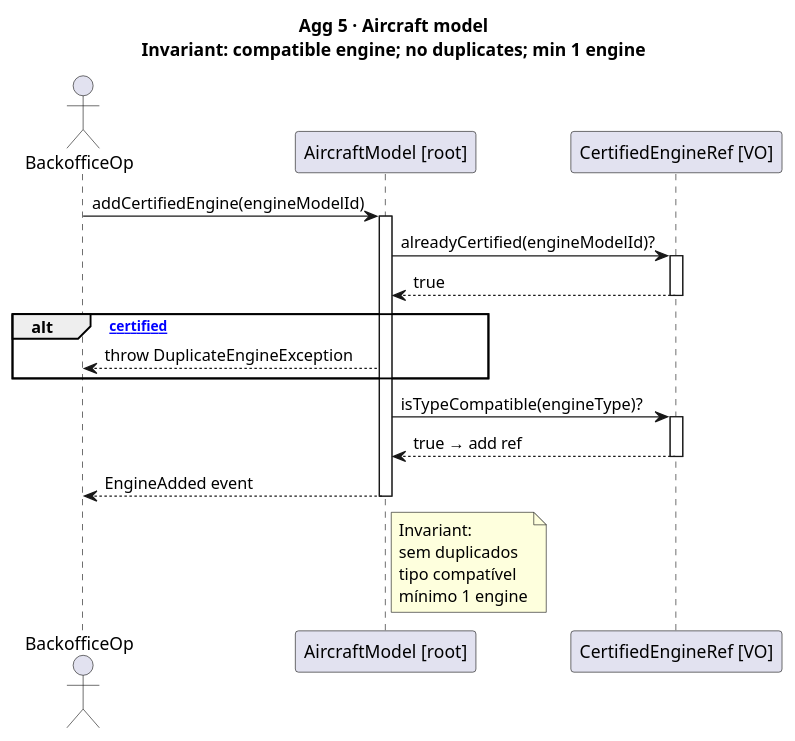
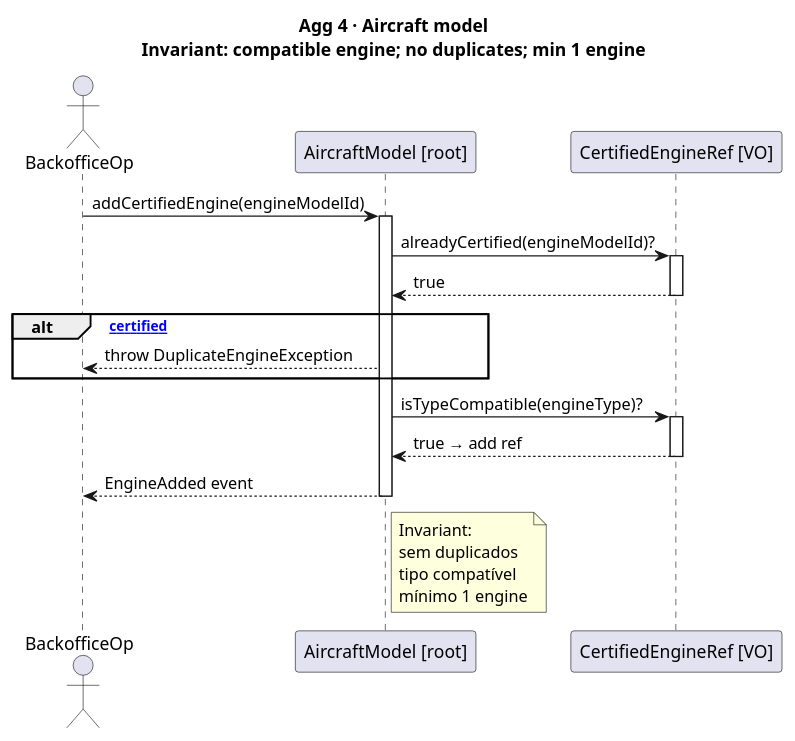
Before and after one commit to DuartePinto1240/sem4pi2526-sem4pi2526_2da2: the diagram in docs/Agg04.puml, drawn with PlantUML. The commit also changed 2 other files, not shown here.

```diff
--- a/docs/Agg04.puml
+++ b/docs/Agg04.puml
@@ -1,36 +1,36 @@
 @startuml US011_Agg05_AircraftModel
-title Agg 5 · Aircraft model\nInvariant: compatible engine; no duplicates; min 1 engine
+title Agg 4 · Aircraft model\nInvariant: compatible engine; no duplicates; min 1 engine
 
 actor "BackofficeOp" as Op
 participant "AircraftModel [root]" as AM
 participant "CertifiedEngineRef [VO]" as Ref
 
 Op -> AM : addCertifiedEngine(engineModelId)
 activate AM
 
 AM -> Ref : alreadyCertified(engineModelId)?
 activate Ref
 Ref --> AM : true
 deactivate Ref
 
 alt [already certified]
     AM --> Op : throw DuplicateEngineException
 end
 
 AM -> Ref : isTypeCompatible(engineType)?
 activate Ref
 Ref --> AM : true → add ref
 deactivate Ref
 
 AM --> Op : EngineAdded event
 
 deactivate AM
 
 note right of AM
   Invariant:
   sem duplicados
   tipo compatível
   mínimo 1 engine
 end note
 
 @enduml
```
